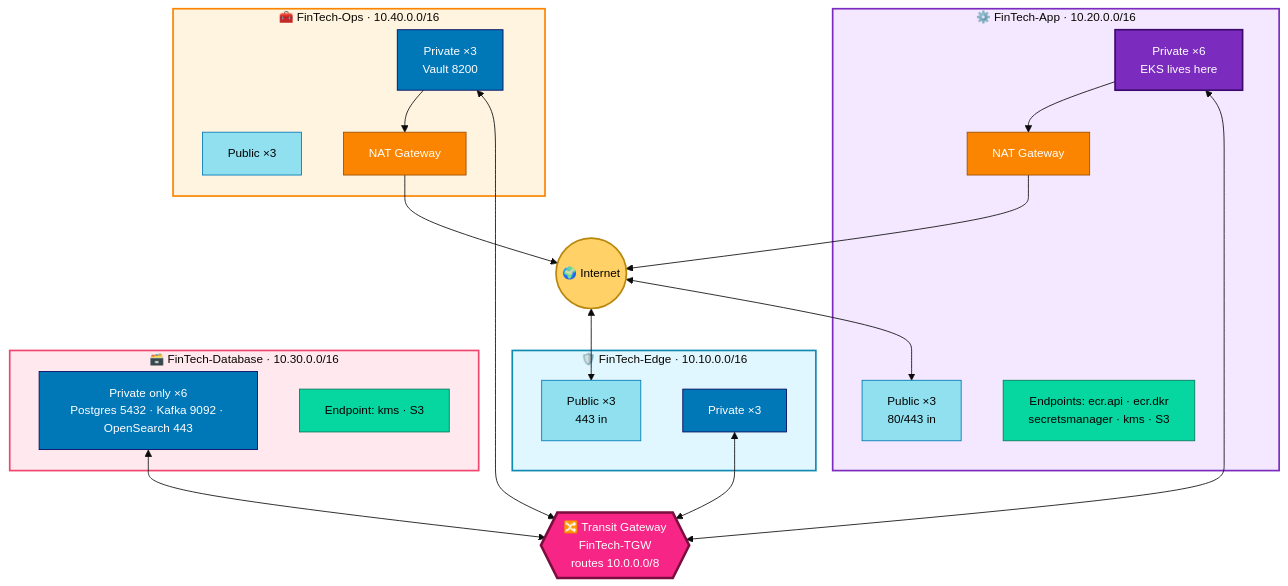
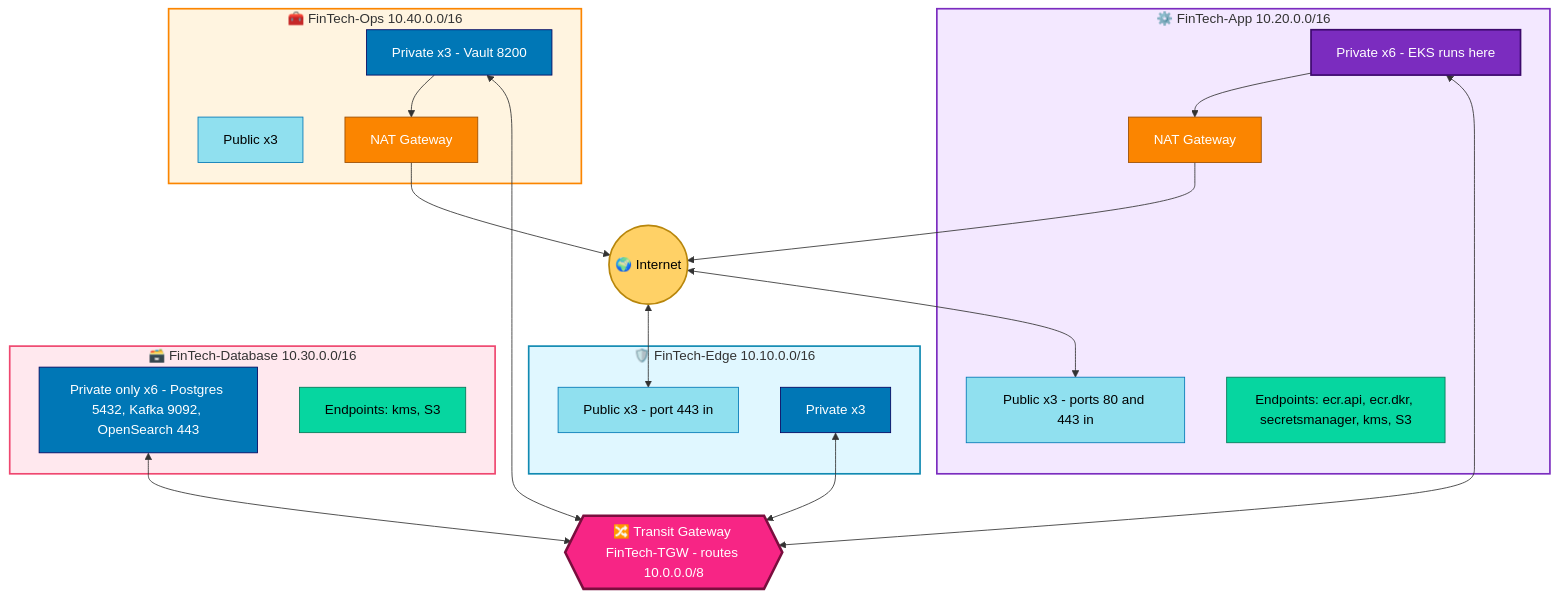
One commit to muntaha747/FinTech-Enterprise-Project changed the fifth of 12 diagrams in Terraform-FinTech-Infra/README.md. Above: the diagram before and after it, drawn with Mermaid. The commit also changed other lines of this file and 1 other file, not shown here.

Commit message:
Fix README Mermaid diagrams, add interview notes; drop duplicate root EKS access entry [skip CI]

````diff
--- a/Terraform-FinTech-Infra/README.md
+++ b/Terraform-FinTech-Infra/README.md
@@ -145,51 +170,49 @@
 ```mermaid
-%%{init: {'theme':'base','themeVariables':{'fontSize':'14px'}}}%%
 flowchart TB
-    INET((🌍 Internet)):::inet
+    INET(("🌍 Internet")):::inet
+    TGW{{"🔀 Transit Gateway FinTech-TGW - routes 10.0.0.0/8"}}:::tgw
 
-    TGW{{🔀 Transit Gateway<br/>FinTech-TGW<br/>routes 10.0.0.0/8}}:::tgw
-
-    subgraph EDGE["🛡️ FinTech-Edge · 10.10.0.0/16"]
-        E1[Public ×3<br/>443 in]:::pub
-        E2[Private ×3]:::priv
+    subgraph EDGE["🛡️ FinTech-Edge 10.10.0.0/16"]
+        E1["Public x3 - port 443 in"]:::pub
+        E2["Private x3"]:::priv
     end
 
-    subgraph APP["⚙️ FinTech-App · 10.20.0.0/16"]
-        A1[Public ×3<br/>80/443 in]:::pub
-        A2[Private ×6<br/>EKS lives here]:::eksn
-        A3[NAT Gateway]:::nat
-        A4[Endpoints: ecr.api · ecr.dkr<br/>secretsmanager · kms · S3]:::ep
+    subgraph APP["⚙️ FinTech-App 10.20.0.0/16"]
+        A1["Public x3 - ports 80 and 443 in"]:::pub
+        A2["Private x6 - EKS runs here"]:::eksn
+        A3["NAT Gateway"]:::nat
+        A4["Endpoints: ecr.api, ecr.dkr, secretsmanager, kms, S3"]:::ep
     end
 
-    subgraph DB["🗃️ FinTech-Database · 10.30.0.0/16"]
-        D1[Private only ×6<br/>Postgres 5432 · Kafka 9092 · OpenSearch 443]:::priv
-        D2[Endpoint: kms · S3]:::ep
+    subgraph DB["🗃️ FinTech-Database 10.30.0.0/16"]
+        D1["Private only x6 - Postgres 5432, Kafka 9092, OpenSearch 443"]:::priv
+        D2["Endpoints: kms, S3"]:::ep
     end
 
-    subgraph OPS["🧰 FinTech-Ops · 10.40.0.0/16"]
-        O1[Public ×3]:::pub
-        O2[Private ×3<br/>Vault 8200]:::priv
-        O3[NAT Gateway]:::nat
+    subgraph OPS["🧰 FinTech-Ops 10.40.0.0/16"]
+        O1["Public x3"]:::pub
+        O2["Private x3 - Vault 8200"]:::priv
+        O3["NAT Gateway"]:::nat
     end
 
     INET <--> E1
     INET <--> A1
     A2 --> A3 --> INET
     O2 --> O3 --> INET
     E2 <--> TGW
     A2 <--> TGW
     D1 <--> TGW
     O2 <--> TGW
 
     classDef inet fill:#FFD166,stroke:#B8860B,color:#000,stroke-width:2px
     classDef tgw  fill:#F72585,stroke:#7A0E3E,color:#fff,stroke-width:3px
     classDef pub  fill:#90E0EF,stroke:#0077B6,color:#000
     classDef priv fill:#0077B6,stroke:#03045E,color:#fff
     classDef eksn fill:#7B2CBF,stroke:#3C096C,color:#fff,stroke-width:2px
     classDef nat  fill:#FB8500,stroke:#9A4D00,color:#fff
     classDef ep   fill:#06D6A0,stroke:#047857,color:#000
     style EDGE fill:#E0F7FF,stroke:#118AB2,stroke-width:2px
     style APP  fill:#F3E8FF,stroke:#7B2CBF,stroke-width:2px
     style DB   fill:#FFE8EE,stroke:#EF476F,stroke-width:2px
     style OPS  fill:#FFF4E0,stroke:#FB8500,stroke-width:2px
 ```
````
